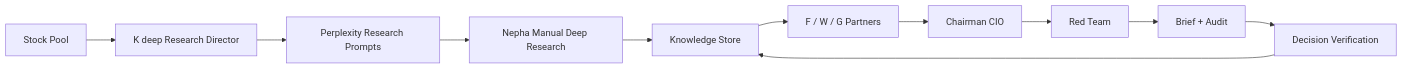
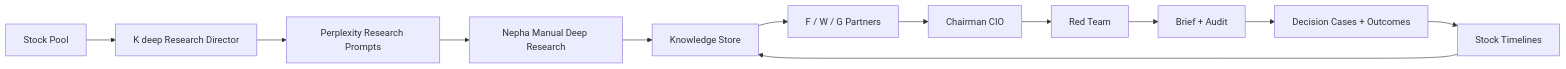
One commit to amanayayatu-tech/ksana changed the diagram in README.md. Above: the diagram before and after it, drawn with Mermaid. The commit also changed other lines of this file and 24 other files, not shown here.

````diff
--- a/README.md
+++ b/README.md
@@ -20,13 +20,14 @@
 ```mermaid
 flowchart LR
     Pool["Stock Pool"] --> KDeep["K deep Research Director"]
     KDeep --> Prompts["Perplexity Research Prompts"]
     Prompts --> Human["Nepha Manual Deep Research"]
     Human --> Knowledge["Knowledge Store"]
     Knowledge --> Partners["F / W / G Partners"]
     Partners --> Chairman["Chairman CIO"]
     Chairman --> RedTeam["Red Team"]
     RedTeam --> Brief["Brief + Audit"]
-    Brief --> Verification["Decision Verification"]
-    Verification --> Knowledge
+    Brief --> Learning["Decision Cases + Outcomes"]
+    Learning --> Timelines["Stock Timelines"]
+    Timelines --> Knowledge
 ```
````
